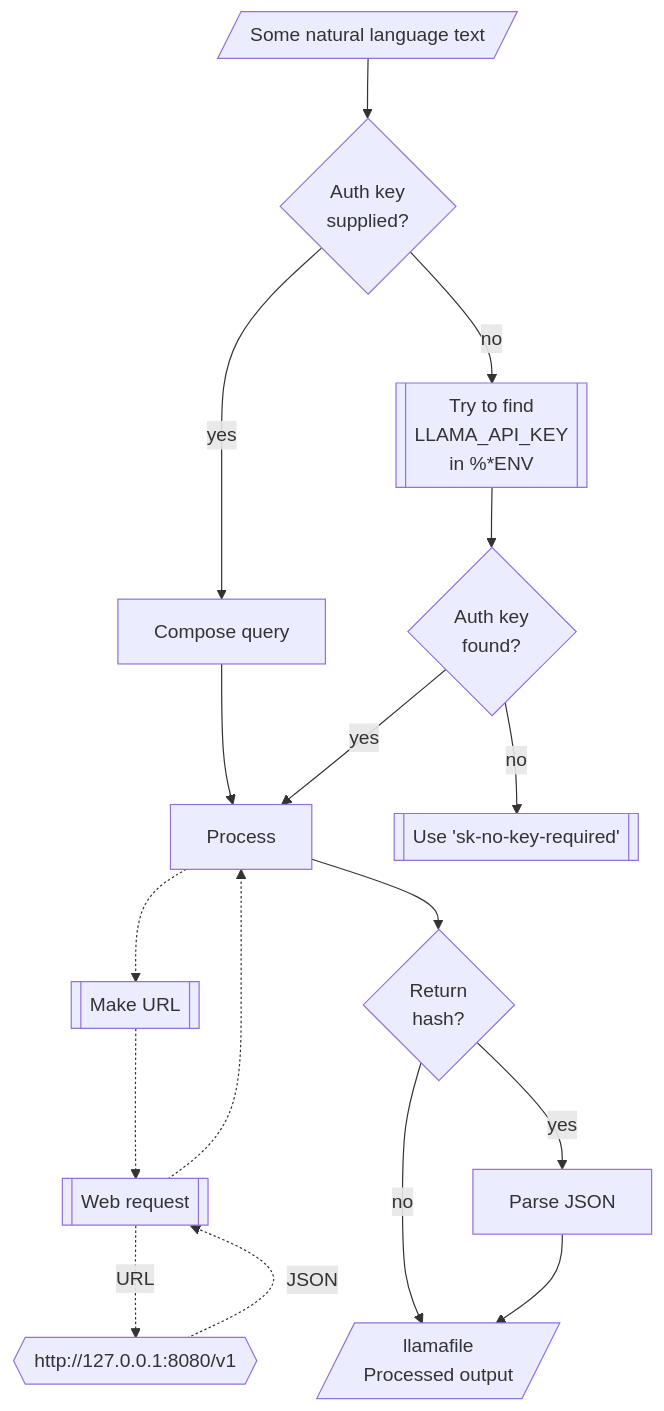
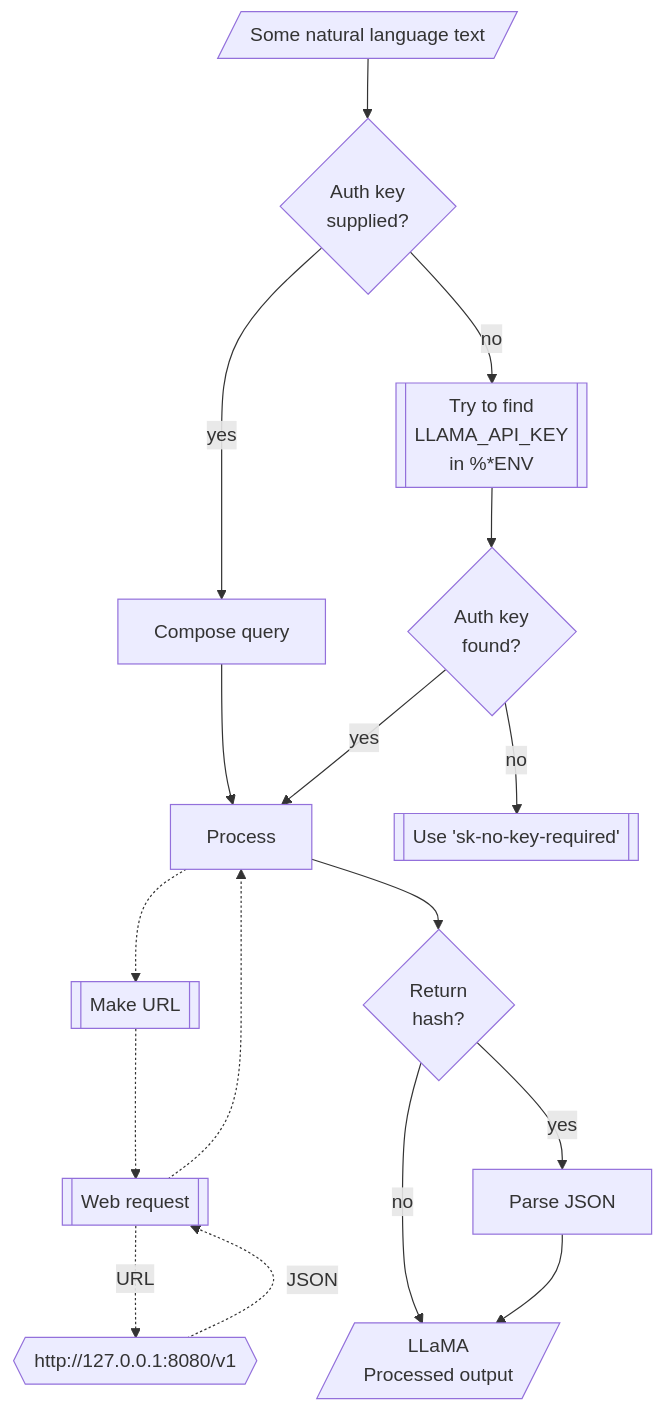
Before and after one commit to antononcube/Raku-WWW-LLaMA: the diagram in README-work.md, drawn with Mermaid. The commit also changed other lines of this file and 9 other files, not shown here.

````diff
--- a/README-work.md
+++ b/README-work.md
@@ -188,30 +188,30 @@
 ```mermaid
 graph TD
 	UI[/Some natural language text/]
-	TO[/"llamafile<br/>Processed output"/]
+	TO[/"LLaMA<br/>Processed output"/]
 	WR[[Web request]]
-	llamafile{{http://127.0.0.1:8080/v1}}
+	LLaMA{{http://127.0.0.1:8080/v1}}
 	PJ[Parse JSON]
 	Q{Return<br>hash?}
 	MSTC[Compose query]
 	MURL[[Make URL]]
 	TTC[Process]
 	QAK{Auth key<br>supplied?}
 	EAK[["Try to find<br>LLAMA_API_KEY<br>in %*ENV"]]
 	QEAF{Auth key<br>found?}
 	NAK[["Use 'sk-no-key-required'"]]
 	UI --> QAK
 	QAK --> |yes|MSTC
 	QAK --> |no|EAK
 	EAK --> QEAF
 	MSTC --> TTC
 	QEAF --> |no|NAK
 	QEAF --> |yes|TTC
 	TTC -.-> MURL -.-> WR -.-> TTC
-	WR -.-> |URL|llamafile 
-	llamafile -.-> |JSON|WR
+	WR -.-> |URL|LLaMA 
+	LLaMA -.-> |JSON|WR
 	TTC --> Q 
 	Q --> |yes|PJ
 	Q --> |no|TO
 	PJ --> TO
 ```
````
